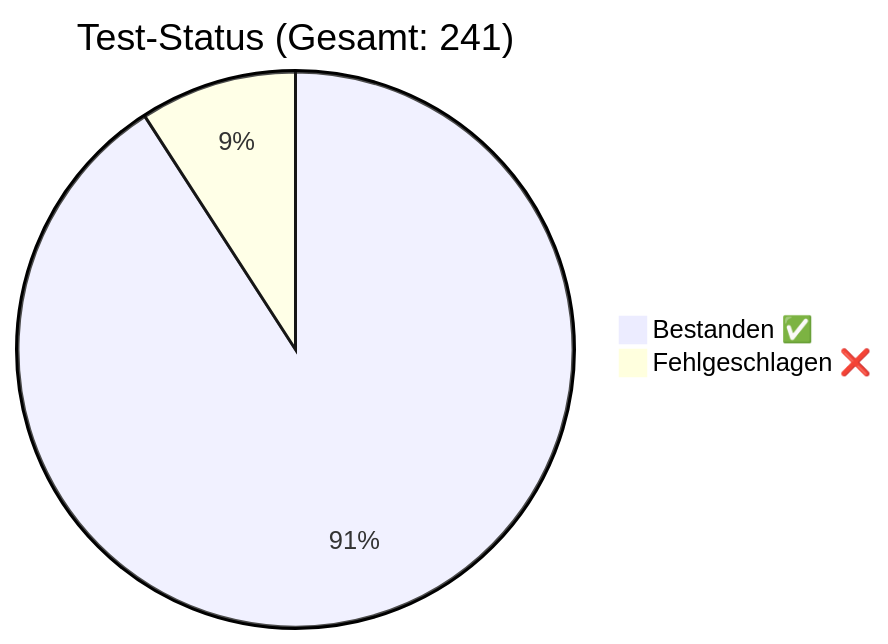
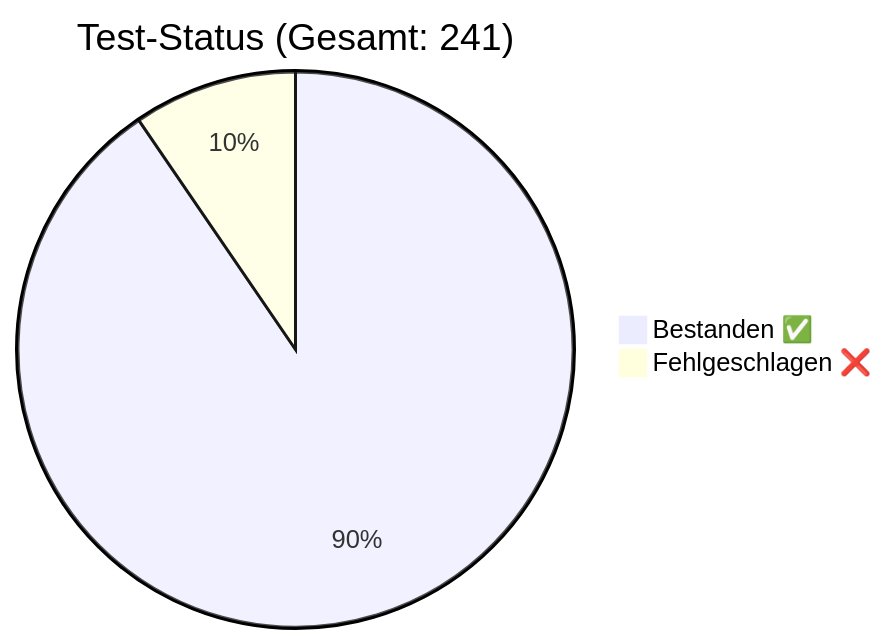
One commit to rorila/GCS changed the diagram in docs/QA_Report.md. Above: the diagram before and after it, drawn with Mermaid. The commit also changed other lines of this file and 2 other files, not shown here.

````diff
--- a/docs/QA_Report.md
+++ b/docs/QA_Report.md
@@ -7,5 +8,5 @@
 ```mermaid
 pie title Test-Status (Gesamt: 241)
-    "Bestanden ✅" : 219
-    "Fehlgeschlagen ❌" : 22
+    "Bestanden ✅" : 218
+    "Fehlgeschlagen ❌" : 23
 ```
````
